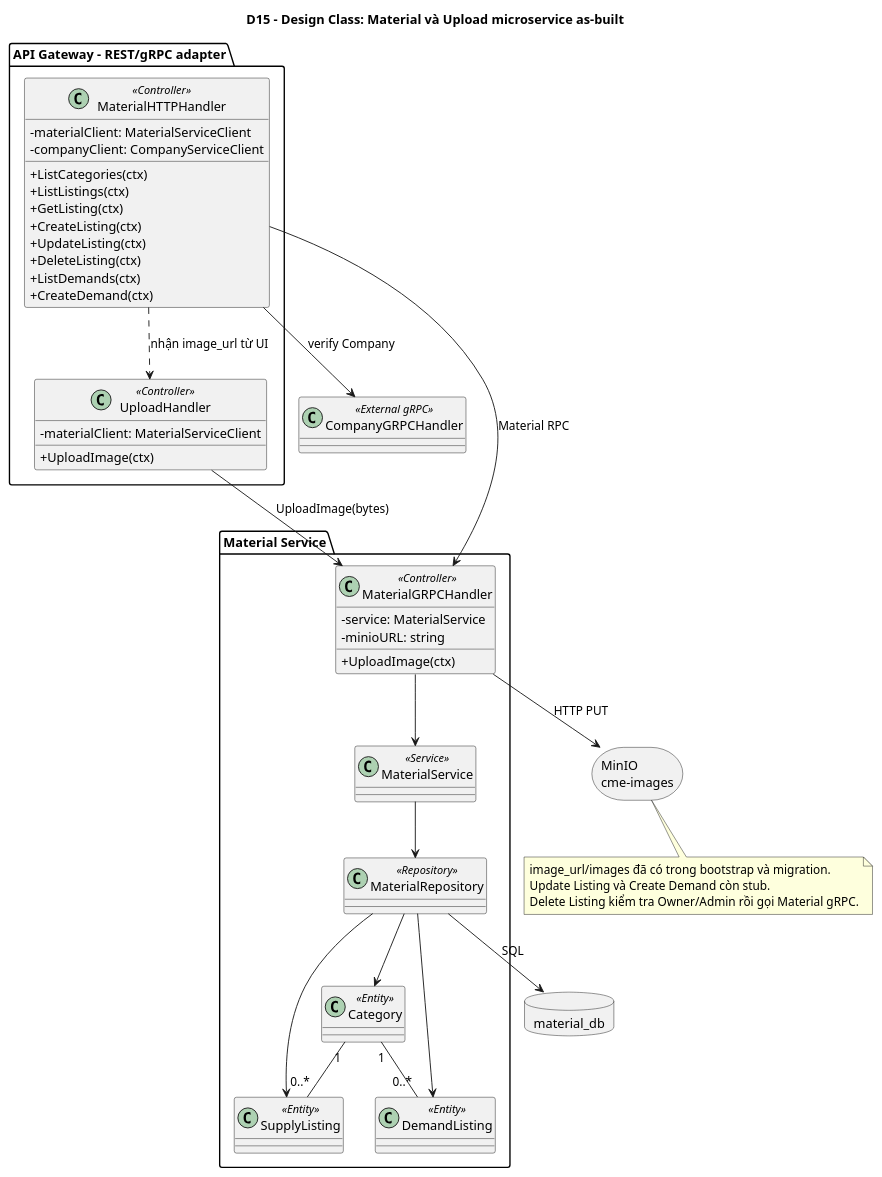
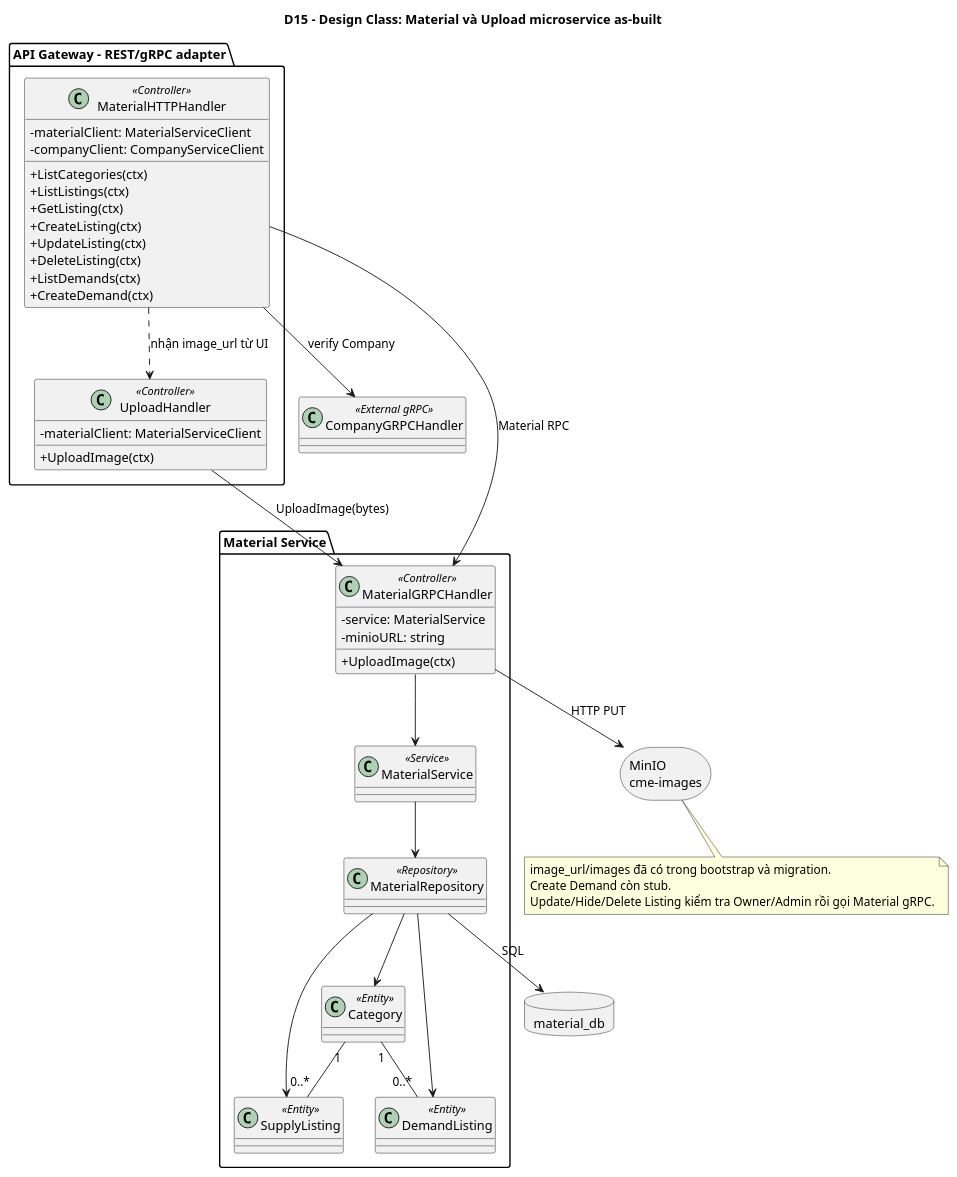
Before and after one commit to NguyetNgaLe/Circular-Materials-Exchange: the diagram in project-submission/04-diagrams/chapter-04-design/D15-material-design-class.puml, drawn with PlantUML. The commit also changed 21 other files, not shown here.

Commit message:
feat: edit and hide owned material listings

```diff
--- a/project-submission/04-diagrams/chapter-04-design/D15-material-design-class.puml
+++ b/project-submission/04-diagrams/chapter-04-design/D15-material-design-class.puml
@@ -1,63 +1,63 @@
 @startuml
 allowmixing
 title D15 - Design Class: Material và Upload microservice as-built
 skinparam classAttributeIconSize 0
 
 package "API Gateway - REST/gRPC adapter" {
   class MaterialHTTPHandler <<Controller>> {
     -materialClient: MaterialServiceClient
     -companyClient: CompanyServiceClient
     +ListCategories(ctx)
     +ListListings(ctx)
     +GetListing(ctx)
     +CreateListing(ctx)
     +UpdateListing(ctx)
     +DeleteListing(ctx)
     +ListDemands(ctx)
     +CreateDemand(ctx)
   }
 
   class UploadHandler <<Controller>> {
     -materialClient: MaterialServiceClient
     +UploadImage(ctx)
   }
 }
 
 package "Material Service" {
   class MaterialGRPCHandler <<Controller>> {
     -service: MaterialService
     -minioURL: string
     +UploadImage(ctx)
   }
   class MaterialService <<Service>>
   class MaterialRepository <<Repository>>
   class Category <<Entity>>
   class SupplyListing <<Entity>>
   class DemandListing <<Entity>>
 
   MaterialGRPCHandler --> MaterialService
   MaterialService --> MaterialRepository
   MaterialRepository --> Category
   MaterialRepository --> SupplyListing
   MaterialRepository --> DemandListing
   Category "1" -- "0..*" SupplyListing
   Category "1" -- "0..*" DemandListing
 }
 
 database "material_db" as MaterialDB
 class CompanyGRPCHandler <<External gRPC>>
 storage "MinIO\ncme-images" as MinIO
 
 MaterialHTTPHandler --> MaterialGRPCHandler : Material RPC
 MaterialHTTPHandler --> CompanyGRPCHandler : verify Company
 UploadHandler --> MaterialGRPCHandler : UploadImage(bytes)
 MaterialRepository --> MaterialDB : SQL
 MaterialGRPCHandler --> MinIO : HTTP PUT
 MaterialHTTPHandler ..> UploadHandler : nhận image_url từ UI
 
 note bottom
   image_url/images đã có trong bootstrap và migration.
-  Update Listing và Create Demand còn stub.
-  Delete Listing kiểm tra Owner/Admin rồi gọi Material gRPC.
+  Create Demand còn stub.
+  Update/Hide/Delete Listing kiểm tra Owner/Admin rồi gọi Material gRPC.
 end note
 @enduml
```
